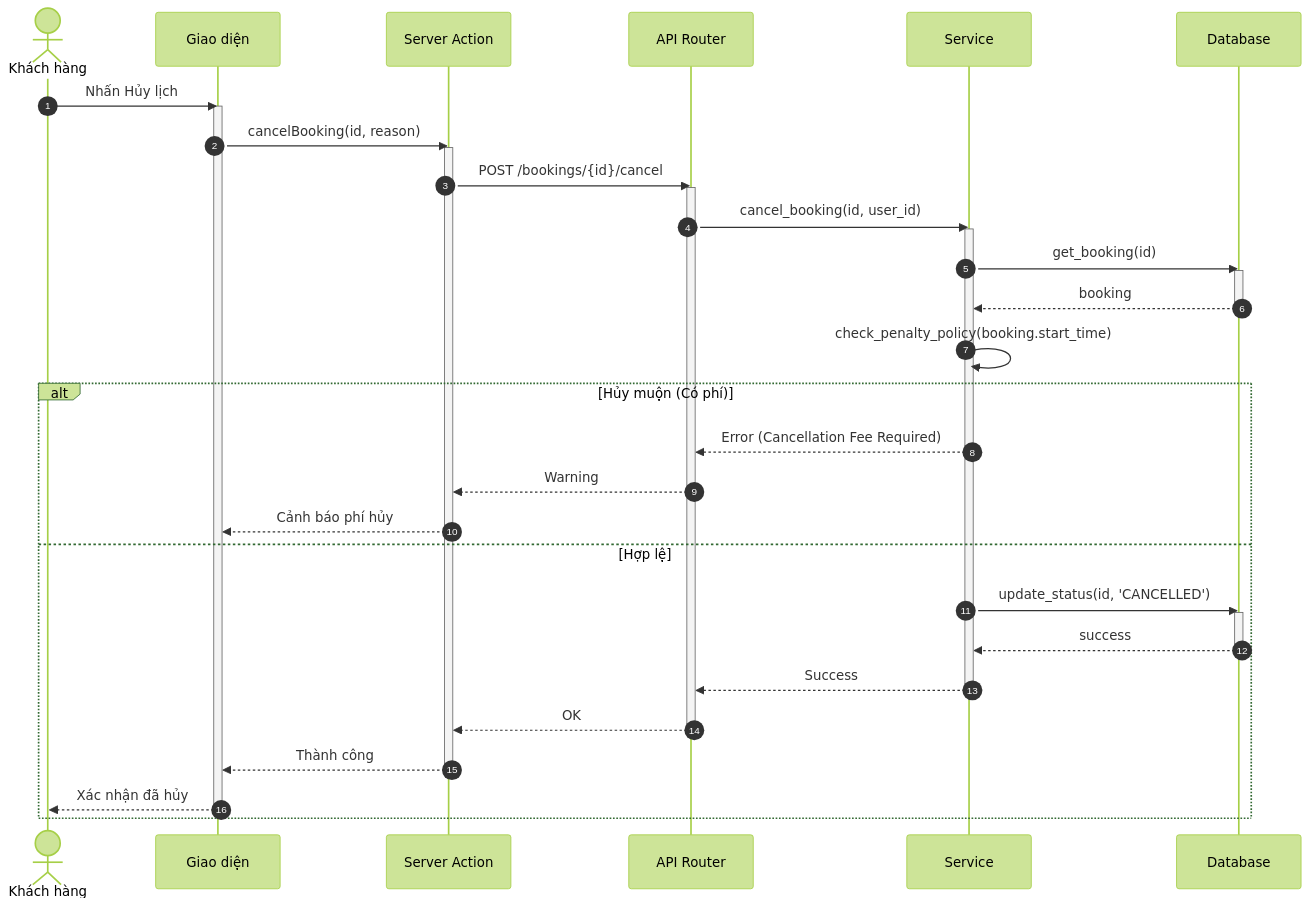
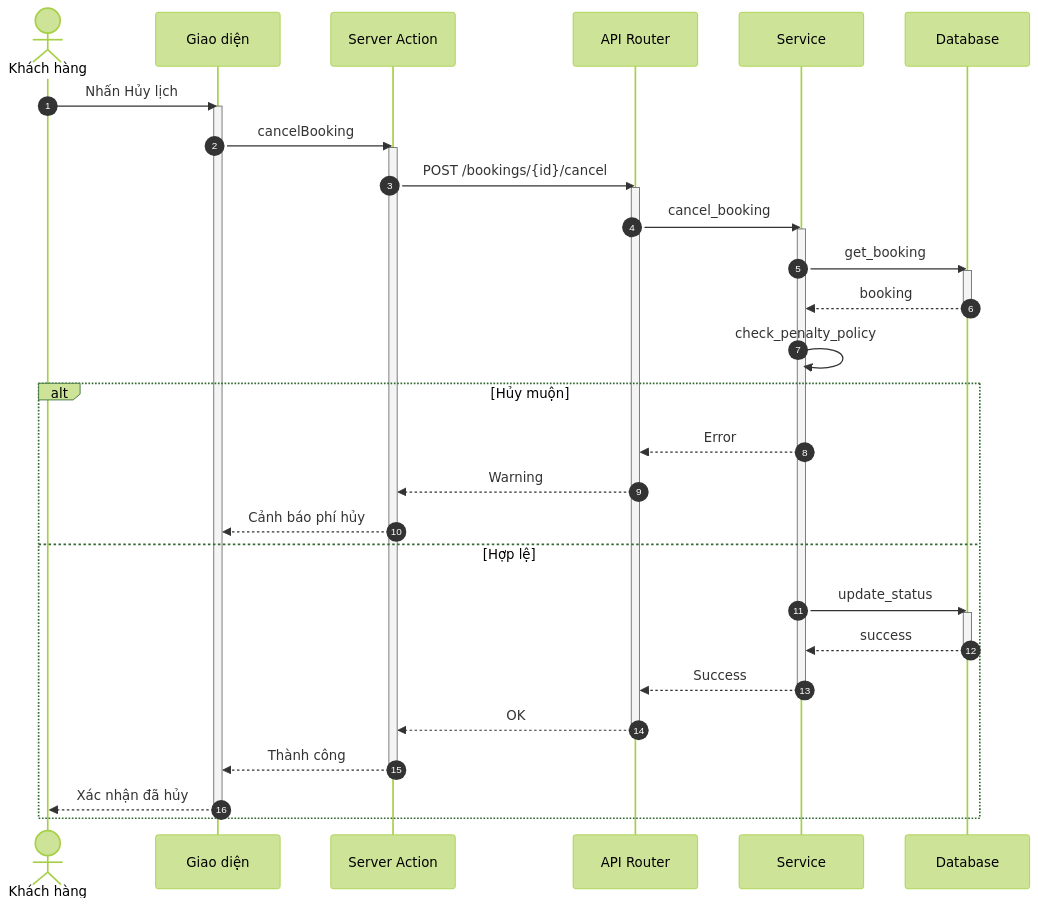
The sixth of 8 diagrams in docs/design/sequences/customer_flows.md (ngoctinn/Synapse), drawn with Mermaid (forest theme) before and after one commit. The commit also changed other lines of this file and 1 other file, not shown here.

Commit message:
feat: Add sequence diagrams for admin and customer flows.

````diff
--- a/docs/design/sequences/customer_flows.md
+++ b/docs/design/sequences/customer_flows.md
@@ -268,47 +268,47 @@
 ```mermaid
 sequenceDiagram
     autonumber
     actor KH as Khách hàng
     participant UI as Giao diện
     participant BFF as Server Action
     participant API as API Router
     participant S as Service
     participant DB as Database
 
     KH->>UI: Nhấn Hủy lịch
     activate UI
-    UI->>BFF: cancelBooking(id, reason)
+    UI->>BFF: cancelBooking
     activate BFF
 
     BFF->>API: POST /bookings/{id}/cancel
     activate API
 
-    API->>S: cancel_booking(id, user_id)
+    API->>S: cancel_booking
     activate S
 
-    S->>DB: get_booking(id)
+    S->>DB: get_booking
     activate DB
     DB-->>S: booking
     deactivate DB
 
-    S->>S: check_penalty_policy(booking.start_time)
+    S->>S: check_penalty_policy
 
-    alt Hủy muộn (Có phí)
-        S-->>API: Error (Cancellation Fee Required)
+    alt Hủy muộn
+        S-->>API: Error
         API-->>BFF: Warning
         BFF-->>UI: Cảnh báo phí hủy
     else Hợp lệ
-        S->>DB: update_status(id, 'CANCELLED')
+        S->>DB: update_status
         activate DB
         DB-->>S: success
         deactivate DB
         S-->>API: Success
         deactivate S
         API-->>BFF: OK
         deactivate API
         BFF-->>UI: Thành công
         deactivate BFF
         UI-->>KH: Xác nhận đã hủy
         deactivate UI
     end
 ```
````
